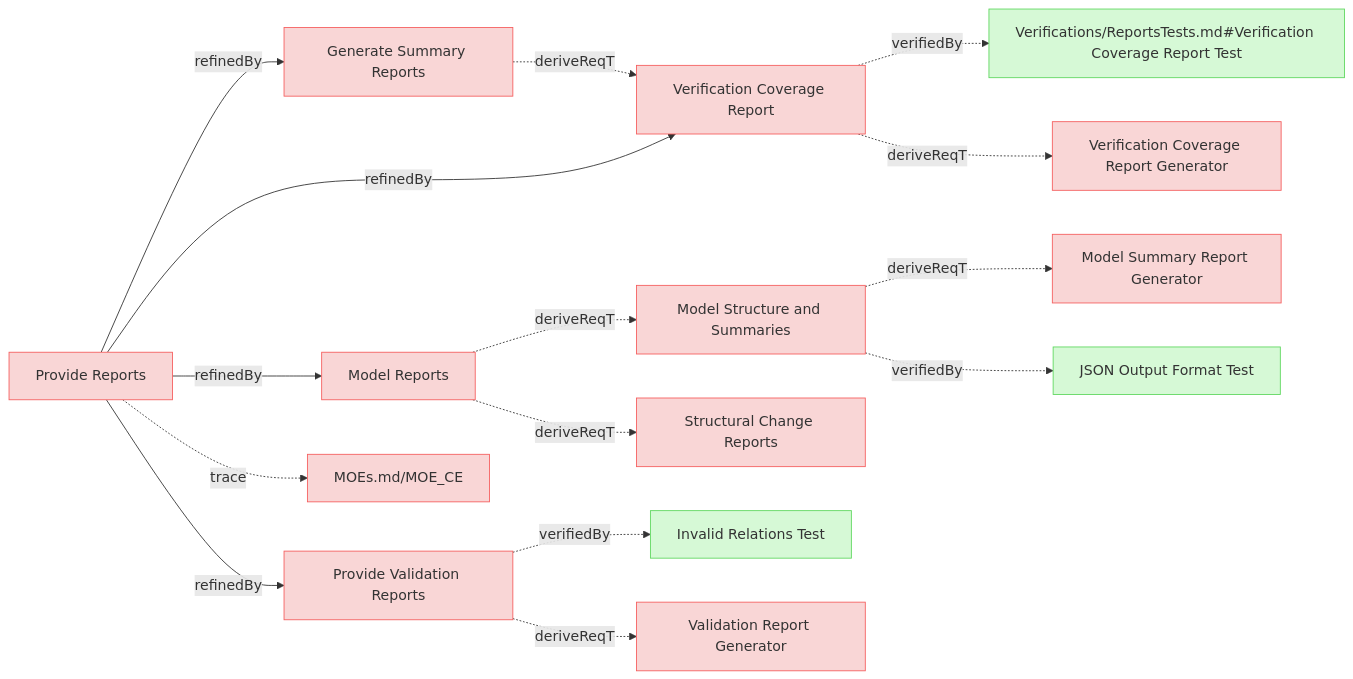
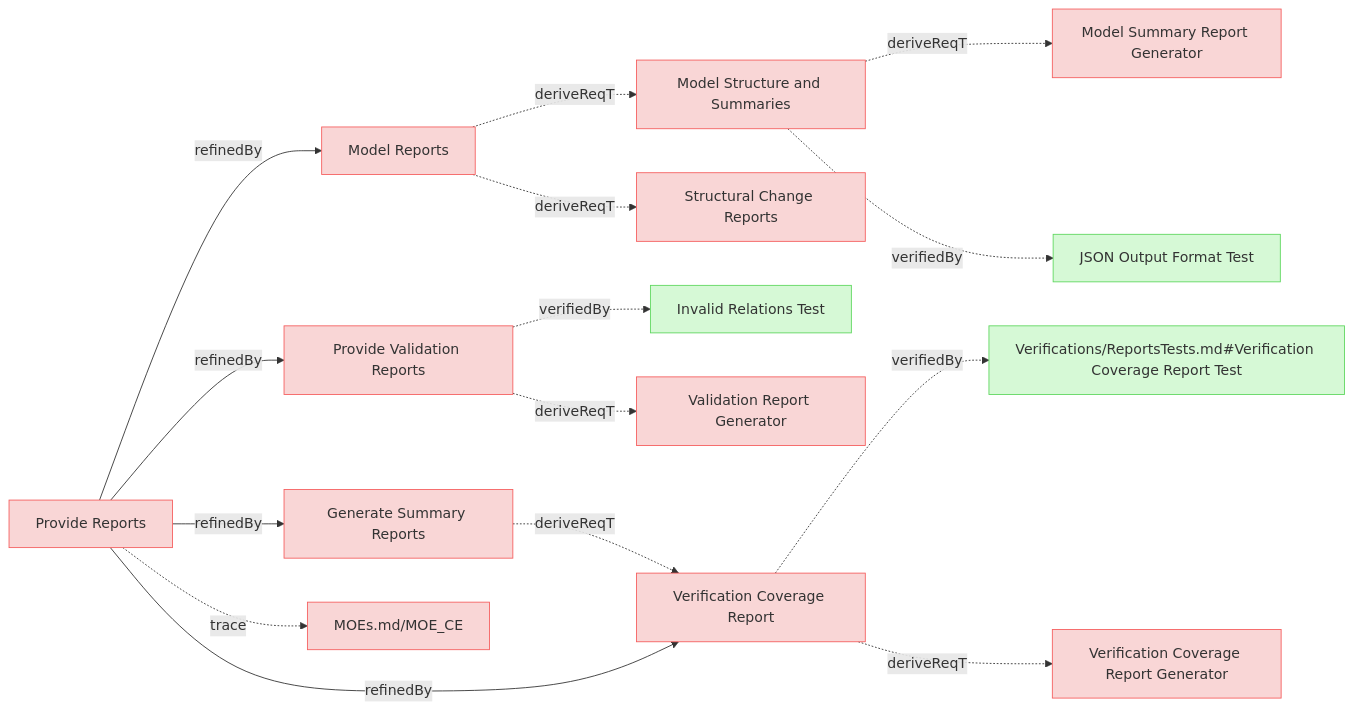
One commit to reqvire-org/reqvire changed the fifth of 9 diagrams in specifications/UserRequirements.md. Above: the diagram before and after it, drawn with Mermaid. The commit also changed other lines of this file and 23 other files, not shown here.

````diff
--- a/specifications/UserRequirements.md
+++ b/specifications/UserRequirements.md
@@ -484,65 +492,65 @@
 ```mermaid
 graph LR;
   %% Graph styling
   classDef requirement fill:#f9d6d6,stroke:#f55f5f,stroke-width:1px;
   classDef verification fill:#d6f9d6,stroke:#5fd75f,stroke-width:1px;
   classDef externalLink fill:#d0e0ff,stroke:#3080ff,stroke-width:1px;
   classDef default fill:#f5f5f5,stroke:#333333,stroke-width:1px;
 
-  f7a606aa79ba438["Verification Coverage Report"];
-  class f7a606aa79ba438 requirement;
-  click f7a606aa79ba438 "UserRequirements.md#verification-coverage-report";
-  349f5e874cf22d98["Verifications/ReportsTests.md#Verification Coverage Report Test"];
-  class 349f5e874cf22d98 verification;
-  click 349f5e874cf22d98 "Verifications/ReportsTests.md#verification-coverage-report-test";
-  f7a606aa79ba438 -.->|verifiedBy| 349f5e874cf22d98;
-  2f5273c3b5655b33["Verification Coverage Report Generator"];
-  class 2f5273c3b5655b33 requirement;
-  click 2f5273c3b5655b33 "SystemRequirements/Requirements.md#verification-coverage-report-generator";
-  f7a606aa79ba438 -.->|deriveReqT| 2f5273c3b5655b33;
-  b5c9876f83e7d0ce["Generate Summary Reports"];
-  class b5c9876f83e7d0ce requirement;
-  click b5c9876f83e7d0ce "UserRequirements.md#generate-summary-reports";
-  b5c9876f83e7d0ce -.->|deriveReqT| f7a606aa79ba438;
+  70701096d332c0b2["Model Reports"];
+  class 70701096d332c0b2 requirement;
+  click 70701096d332c0b2 "UserRequirements.md#model-reports";
   ad6f7a2d41d80a38["Model Structure and Summaries"];
   class ad6f7a2d41d80a38 requirement;
   click ad6f7a2d41d80a38 "UserRequirements.md#model-structure-and-summaries";
+  70701096d332c0b2 -.->|deriveReqT| ad6f7a2d41d80a38;
+  1908501a80db5c46["Structural Change Reports"];
+  class 1908501a80db5c46 requirement;
+  click 1908501a80db5c46 "UserRequirements.md#structural-change-reports";
+  70701096d332c0b2 -.->|deriveReqT| 1908501a80db5c46;
   b882613af131f35f["Model Summary Report Generator"];
   class b882613af131f35f requirement;
   click b882613af131f35f "SystemRequirements/Requirements.md#model-summary-report-generator";
   ad6f7a2d41d80a38 -.->|deriveReqT| b882613af131f35f;
   9a53e9c00918fd02["JSON Output Format Test"];
   class 9a53e9c00918fd02 verification;
   click 9a53e9c00918fd02 "Verifications/ValidationTests.md#json-output-format-test";
   ad6f7a2d41d80a38 -.->|verifiedBy| 9a53e9c00918fd02;
-  1908501a80db5c46["Structural Change Reports"];
-  class 1908501a80db5c46 requirement;
-  click 1908501a80db5c46 "UserRequirements.md#structural-change-reports";
-  70701096d332c0b2["Model Reports"];
-  class 70701096d332c0b2 requirement;
-  click 70701096d332c0b2 "UserRequirements.md#model-reports";
-  70701096d332c0b2 -.->|deriveReqT| ad6f7a2d41d80a38;
-  70701096d332c0b2 -.->|deriveReqT| 1908501a80db5c46;
   ed31b6bed1cde2f8["Provide Validation Reports"];
   class ed31b6bed1cde2f8 requirement;
   click ed31b6bed1cde2f8 "UserRequirements.md#provide-validation-reports";
   e37dc7f46d75d46["Invalid Relations Test"];
   class e37dc7f46d75d46 verification;
   click e37dc7f46d75d46 "Verifications/ValidationTests.md#invalid-relations-test";
   ed31b6bed1cde2f8 -.->|verifiedBy| e37dc7f46d75d46;
   d667d94124e3bab7["Validation Report Generator"];
   class d667d94124e3bab7 requirement;
   click d667d94124e3bab7 "SystemRequirements/Requirements.md#validation-report-generator";
   ed31b6bed1cde2f8 -.->|deriveReqT| d667d94124e3bab7;
+  b5c9876f83e7d0ce["Generate Summary Reports"];
+  class b5c9876f83e7d0ce requirement;
+  click b5c9876f83e7d0ce "UserRequirements.md#generate-summary-reports";
+  f7a606aa79ba438["Verification Coverage Report"];
+  class f7a606aa79ba438 requirement;
+  click f7a606aa79ba438 "UserRequirements.md#verification-coverage-report";
+  b5c9876f83e7d0ce -.->|deriveReqT| f7a606aa79ba438;
+  349f5e874cf22d98["Verifications/ReportsTests.md#Verification Coverage Report Test"];
+  class 349f5e874cf22d98 verification;
+  click 349f5e874cf22d98 "Verifications/ReportsTests.md#verification-coverage-report-test";
+  f7a606aa79ba438 -.->|verifiedBy| 349f5e874cf22d98;
+  2f5273c3b5655b33["Verification Coverage Report Generator"];
+  class 2f5273c3b5655b33 requirement;
+  click 2f5273c3b5655b33 "SystemRequirements/Requirements.md#verification-coverage-report-generator";
+  f7a606aa79ba438 -.->|deriveReqT| 2f5273c3b5655b33;
   91a0adb0b4d959c4["Provide Reports"];
   class 91a0adb0b4d959c4 requirement;
   click 91a0adb0b4d959c4 "UserStories.md#provide-reports";
   e9ad540a6411a0fc["MOEs.md/MOE_CE"];
   class e9ad540a6411a0fc requirement;
   click e9ad540a6411a0fc "MOEs.md#moe_ce";
   91a0adb0b4d959c4 -.->|trace| e9ad540a6411a0fc;
-  91a0adb0b4d959c4 -->|refinedBy| f7a606aa79ba438;
-  91a0adb0b4d959c4 -->|refinedBy| b5c9876f83e7d0ce;
   91a0adb0b4d959c4 -->|refinedBy| 70701096d332c0b2;
   91a0adb0b4d959c4 -->|refinedBy| ed31b6bed1cde2f8;
+  91a0adb0b4d959c4 -->|refinedBy| b5c9876f83e7d0ce;
+  91a0adb0b4d959c4 -->|refinedBy| f7a606aa79ba438;
 ```
````
